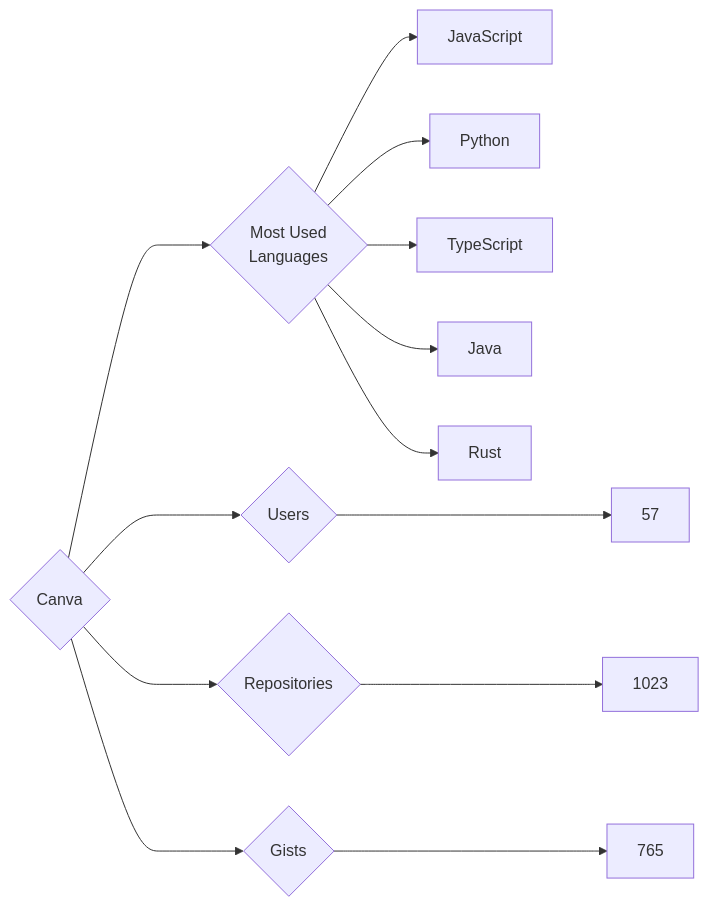
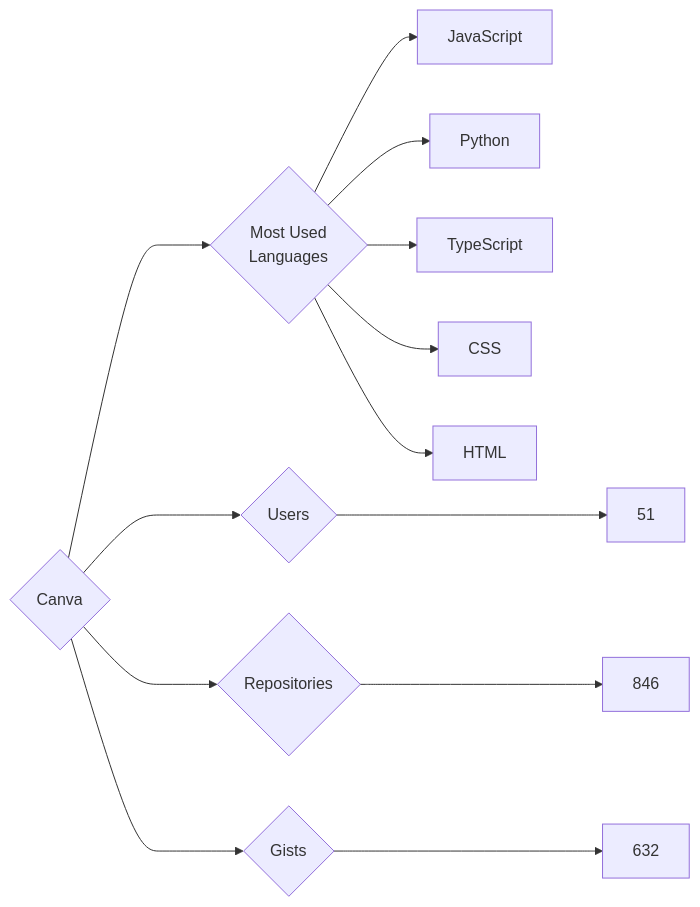
The diagram in targets/Canva/README.md (trickest/insiders), drawn with Mermaid before and after one commit. The commit also changed 720 other files, not shown here.

````diff
--- a/targets/Canva/README.md
+++ b/targets/Canva/README.md
@@ -3,13 +3,13 @@
 ```mermaid
 graph LR
 COMPANY_NAME{Canva}
-COMPANY_NAME ---> U{Users} ---> UN[57]
-COMPANY_NAME ---> R{Repositories} ---> RN[1023]
-COMPANY_NAME ---> G{Gists} ---> GN[765]
+COMPANY_NAME ---> U{Users} ---> UN[51]
+COMPANY_NAME ---> R{Repositories} ---> RN[846]
+COMPANY_NAME ---> G{Gists} ---> GN[632]
 COMPANY_NAME ---> ML{Most Used<br>Languages}
 ML --> JavaScript[JavaScript]
 ML --> Python[Python]
 ML --> TypeScript[TypeScript]
-ML --> Java[Java]
-ML --> Rust[Rust]
+ML --> CSS[CSS]
+ML --> HTML[HTML]
 ```
````
